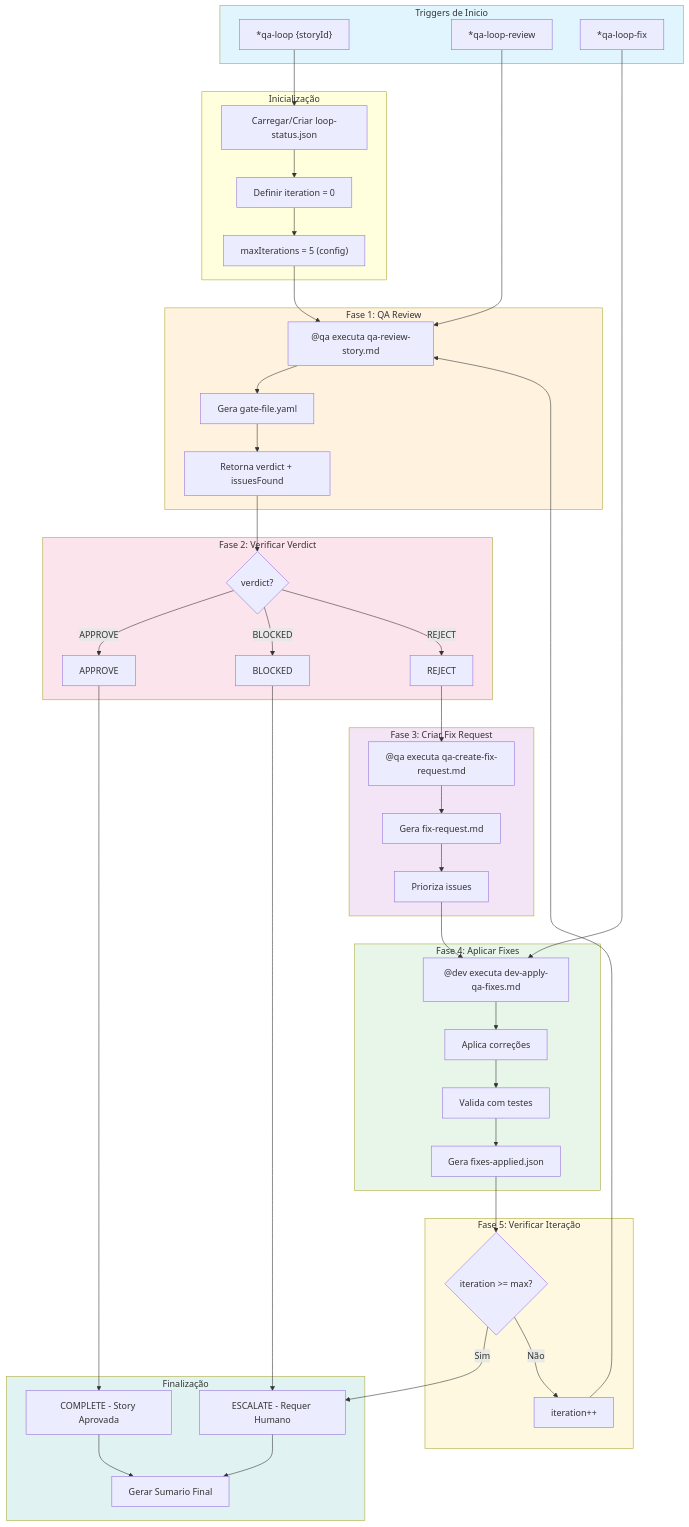
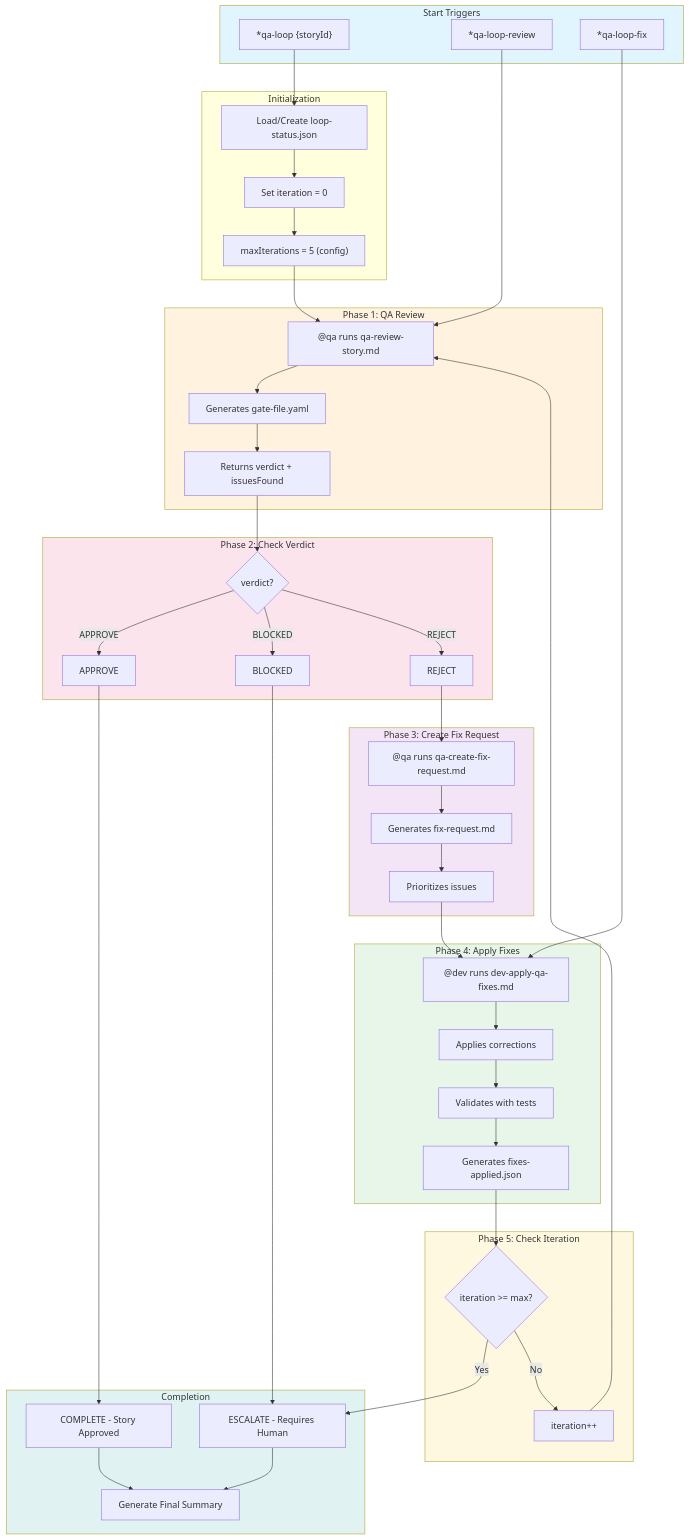
The first of 10 diagrams in docs/aexos-workflows/qa-loop-workflow.md (CyryxLabs/AEXOS), drawn with Mermaid before and after one commit. The commit also changed other lines of this file and 528 other files, not shown here.

````diff
--- a/docs/aexos-workflows/qa-loop-workflow.md
+++ b/docs/aexos-workflows/qa-loop-workflow.md
@@ -60,52 +60,52 @@
 ```mermaid
 flowchart TD
-    subgraph TRIGGER["Triggers de Inicio"]
+    subgraph TRIGGER["Start Triggers"]
         T1["*qa-loop {storyId}"]
         T2["*qa-loop-review"]
         T3["*qa-loop-fix"]
     end
 
-    subgraph INIT["Inicialização"]
-        I1["Carregar/Criar loop-status.json"]
-        I2["Definir iteration = 0"]
+    subgraph INIT["Initialization"]
+        I1["Load/Create loop-status.json"]
+        I2["Set iteration = 0"]
         I3["maxIterations = 5 (config)"]
     end
 
-    subgraph REVIEW["Fase 1: QA Review"]
-        R1["@qa executa qa-review-story.md"]
-        R2["Gera gate-file.yaml"]
-        R3["Retorna verdict + issuesFound"]
+    subgraph REVIEW["Phase 1: QA Review"]
+        R1["@qa runs qa-review-story.md"]
+        R2["Generates gate-file.yaml"]
+        R3["Returns verdict + issuesFound"]
     end
 
-    subgraph CHECK["Fase 2: Verificar Verdict"]
+    subgraph CHECK["Phase 2: Check Verdict"]
         C1{"verdict?"}
         C2["APPROVE"]
         C3["BLOCKED"]
         C4["REJECT"]
     end
 
-    subgraph FIX_REQ["Fase 3: Criar Fix Request"]
-        F1["@qa executa qa-create-fix-request.md"]
-        F2["Gera fix-request.md"]
-        F3["Prioriza issues"]
+    subgraph FIX_REQ["Phase 3: Create Fix Request"]
+        F1["@qa runs qa-create-fix-request.md"]
+        F2["Generates fix-request.md"]
+        F3["Prioritizes issues"]
     end
 
-    subgraph FIX["Fase 4: Aplicar Fixes"]
-        X1["@dev executa dev-apply-qa-fixes.md"]
-        X2["Aplica correções"]
-        X3["Valida com testes"]
-        X4["Gera fixes-applied.json"]
+    subgraph FIX["Phase 4: Apply Fixes"]
+        X1["@dev runs dev-apply-qa-fixes.md"]
+        X2["Applies corrections"]
+        X3["Validates with tests"]
+        X4["Generates fixes-applied.json"]
     end
 
-    subgraph ITER["Fase 5: Verificar Iteração"]
+    subgraph ITER["Phase 5: Check Iteration"]
         IT1{"iteration >= max?"}
         IT2["iteration++"]
     end
 
-    subgraph END["Finalização"]
-        E1["COMPLETE - Story Aprovada"]
-        E2["ESCALATE - Requer Humano"]
-        E3["Gerar Sumario Final"]
+    subgraph END["Completion"]
+        E1["COMPLETE - Story Approved"]
+        E2["ESCALATE - Requires Human"]
+        E3["Generate Final Summary"]
     end
 
     T1 --> I1
@@ -137,8 +137,8 @@
     X3 --> X4
     X4 --> IT1
 
-    IT1 --> |"Sim"| E2
-    IT1 --> |"Não"| IT2
+    IT1 --> |"Yes"| E2
+    IT1 --> |"No"| IT2
     IT2 --> R1
 
     E1 --> E3
````
